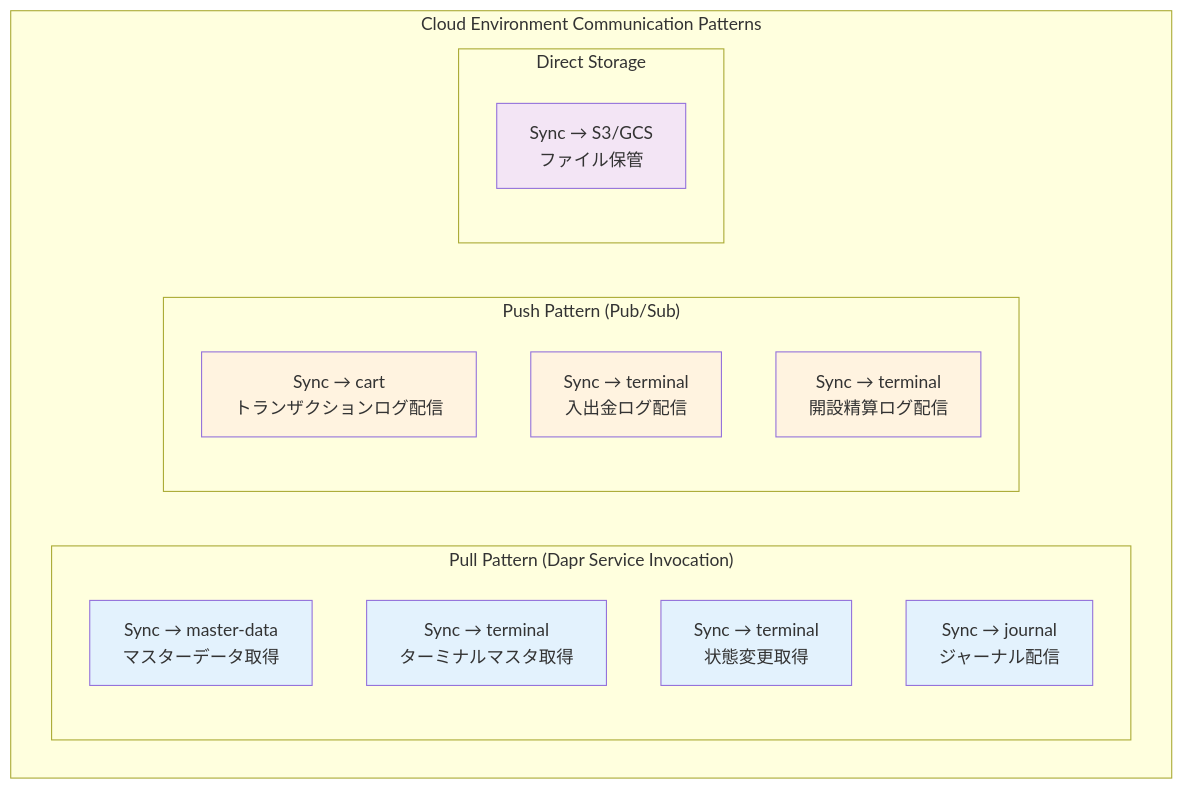
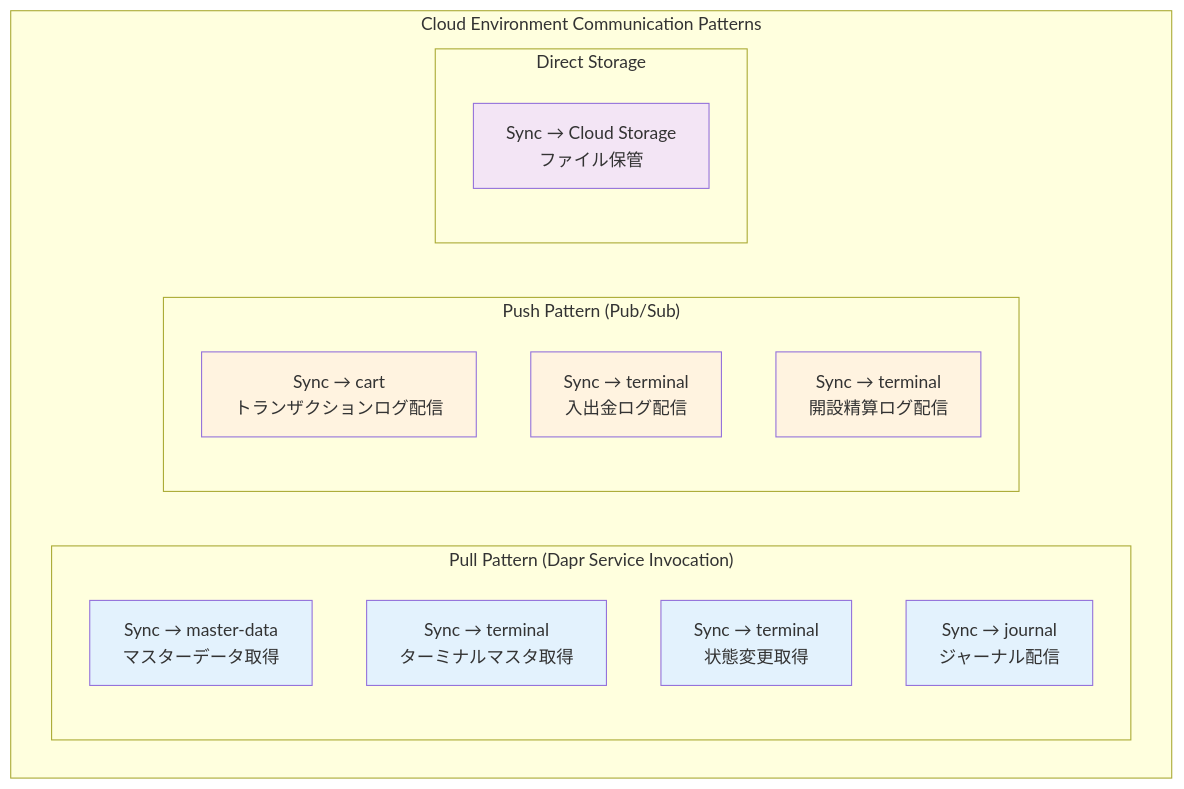
One commit to gaocuiping/kugelpos-stpos-docs-new changed diagram 26 of 32 in notes/1-sync/03_アーキテクチャー解説書.md. Above: the diagram before and after it, drawn with Mermaid.

Commit message:
7.2.3の図内ストレージ表記を汎用的に変更 #1
変更内容:
- S3/GCS → Cloud Storage に変更
- ベンダー非依存の汎用的な表現に統一

理由:
- アーキテクチャドキュメント全体で一貫した用語を使用
- 特定のクラウドプロバイダーに依存しない設計を明示

🤖 Generated with [Claude Code](https://claude.com/claude-code)

````diff
--- a/notes/1-sync/03_アーキテクチャー解説書.md
+++ b/notes/1-sync/03_アーキテクチャー解説書.md
@@ -1506,30 +1506,30 @@
 ```mermaid
 graph TD
     subgraph "Cloud Environment Communication Patterns"
         subgraph "Pull Pattern (Dapr Service Invocation)"
             P1[Sync → master-data<br/>マスターデータ取得]
             P2[Sync → terminal<br/>ターミナルマスタ取得]
             P3[Sync → terminal<br/>状態変更取得]
             P4[Sync → journal<br/>ジャーナル配信]
         end
 
         subgraph "Push Pattern (Pub/Sub)"
             PS1[Sync → cart<br/>トランザクションログ配信]
             PS2[Sync → terminal<br/>入出金ログ配信]
             PS3[Sync → terminal<br/>開設精算ログ配信]
         end
 
         subgraph "Direct Storage"
-            DS1[Sync → S3/GCS<br/>ファイル保管]
+            DS1[Sync → Cloud Storage<br/>ファイル保管]
         end
     end
 
     style P1 fill:#e3f2fd
     style P2 fill:#e3f2fd
     style P3 fill:#e3f2fd
     style P4 fill:#e3f2fd
     style PS1 fill:#fff3e0
     style PS2 fill:#fff3e0
     style PS3 fill:#fff3e0
     style DS1 fill:#f3e5f5
 ```
````
